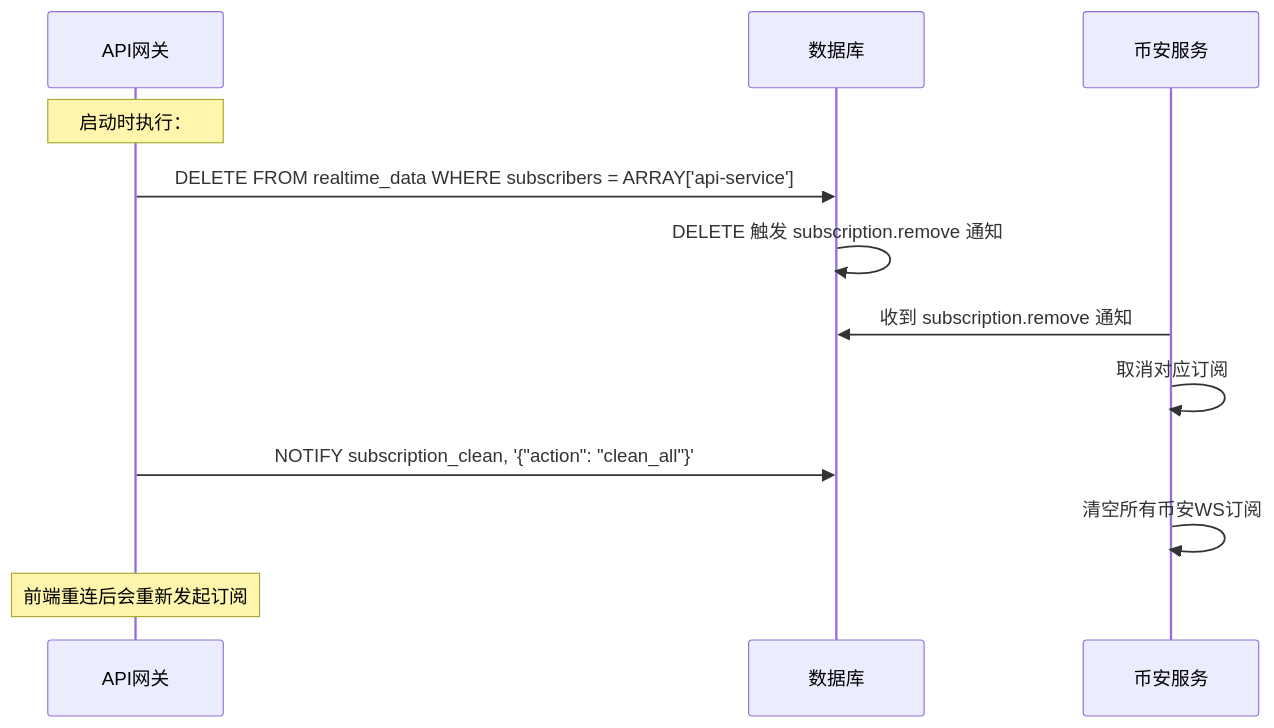
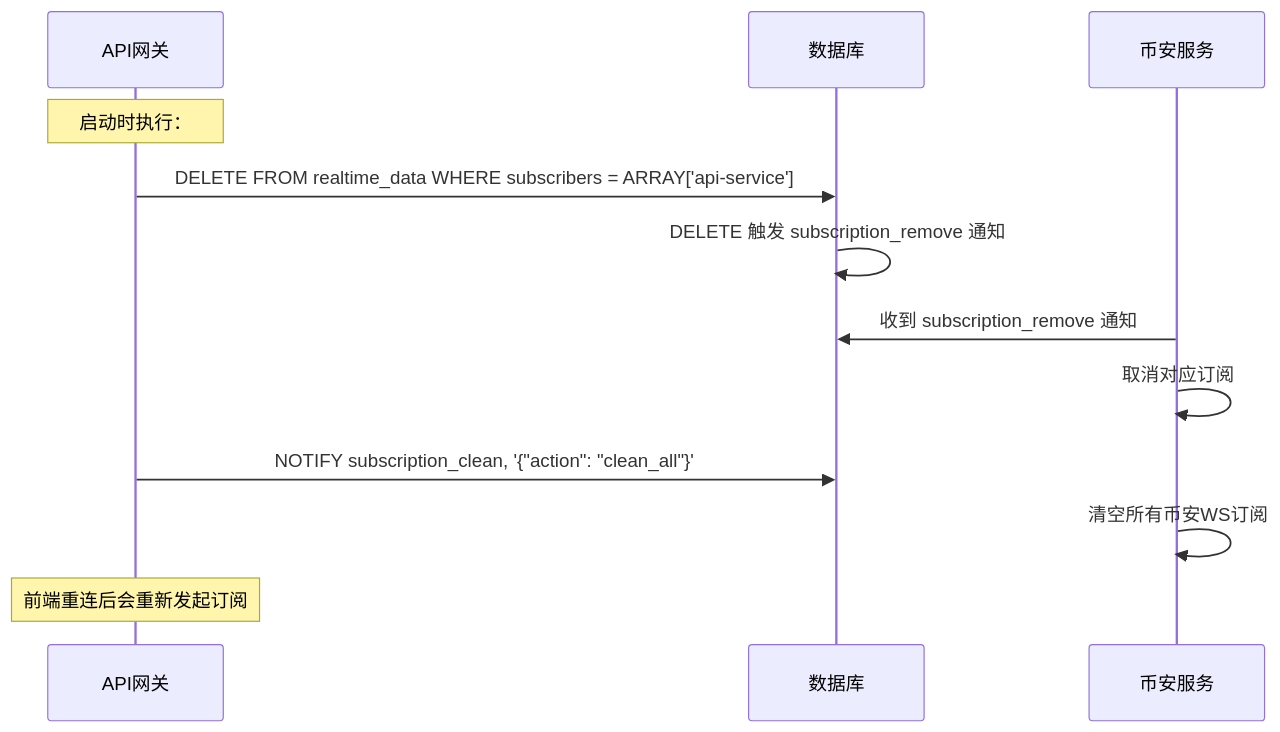
One commit to mj2154/quant-trading-system-2602 changed the eighth of 8 diagrams in docs/backend/design/01-task-subscription.md. Above: the diagram before and after it, drawn with Mermaid. The commit also changed other lines of this file and 32 other files, not shown here.

````diff
--- a/docs/backend/design/01-task-subscription.md
+++ b/docs/backend/design/01-task-subscription.md
@@ -1112,19 +1112,19 @@
 ```mermaid
 sequenceDiagram
     participant APIGW as API网关
     participant DB as 数据库
     participant BN as 币安服务
 
     Note over APIGW: 启动时执行：
     APIGW->>DB: DELETE FROM realtime_data WHERE subscribers = ARRAY['api-service']
-    DB->>DB: DELETE 触发 subscription.remove 通知
+    DB->>DB: DELETE 触发 subscription_remove 通知
 
-    BN->>DB: 收到 subscription.remove 通知
+    BN->>DB: 收到 subscription_remove 通知
     BN->>BN: 取消对应订阅
 
     APIGW->>DB: NOTIFY subscription_clean, '{"action": "clean_all"}'
 
     BN->>BN: 清空所有币安WS订阅
 
     Note over APIGW: 前端重连后会重新发起订阅
 ```
````
